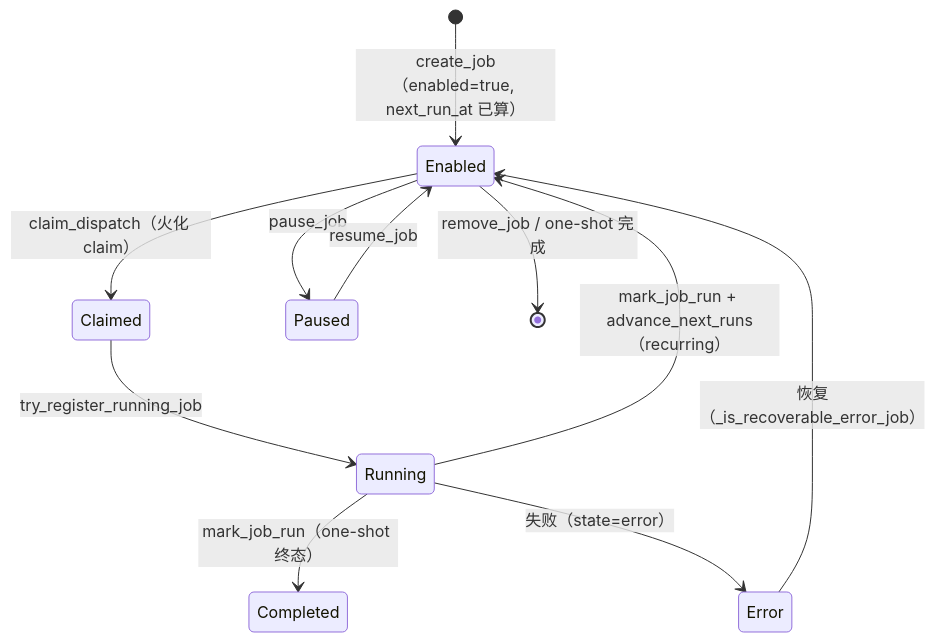
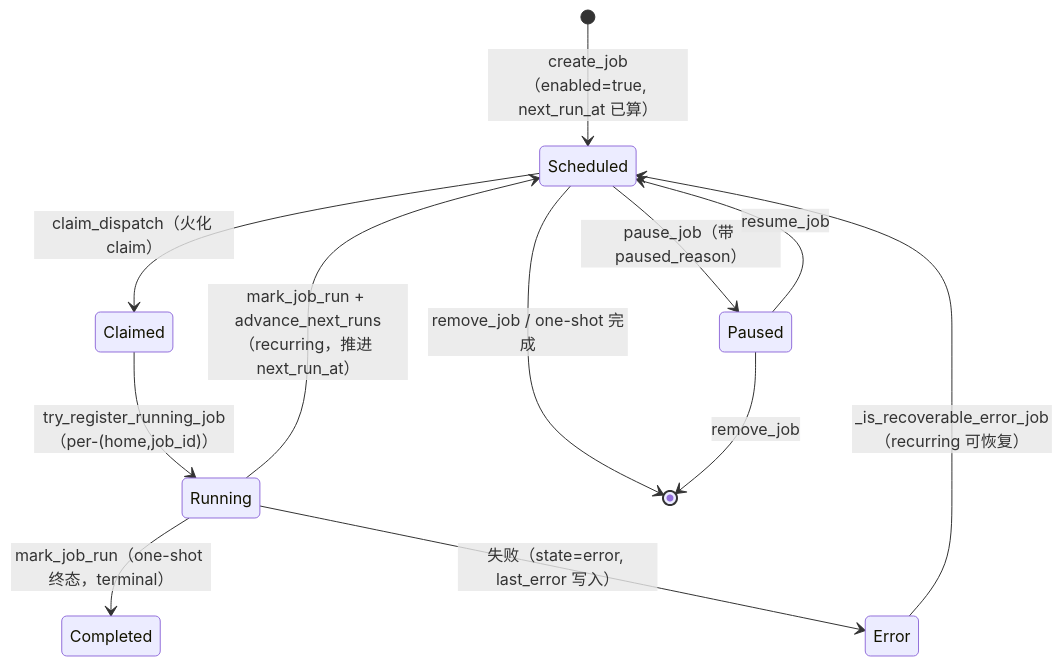
One commit to adrian9778/hermes-agent changed the second of 3 diagrams in docs/sourceReader/10-调度器与定时任务.md. Above: the diagram before and after it, drawn with Mermaid. The commit also changed other lines of this file and 5 other files, not shown here.

````diff
--- a/docs/sourceReader/10-调度器与定时任务.md
+++ b/docs/sourceReader/10-调度器与定时任务.md
@@ -215,13 +312,14 @@
 ```mermaid
 stateDiagram-v2
-    [*] --> Enabled: create_job（enabled=true, next_run_at 已算）
-    Enabled --> Claimed: claim_dispatch（火化 claim）
-    Claimed --> Running: try_register_running_job
-    Running --> Enabled: mark_job_run + advance_next_runs（recurring）
-    Running --> Completed: mark_job_run（one-shot 终态）
-    Running --> Error: 失败（state=error）
-    Error --> Enabled: 恢复（_is_recoverable_error_job）
-    Enabled --> Paused: pause_job
-    Paused --> Enabled: resume_job
-    Enabled --> [*]: remove_job / one-shot 完成
+    [*] --> Scheduled: create_job（enabled=true, next_run_at 已算）
+    Scheduled --> Claimed: claim_dispatch（火化 claim）
+    Claimed --> Running: try_register_running_job（per-(home,job_id)）
+    Running --> Scheduled: mark_job_run + advance_next_runs（recurring，推进 next_run_at）
+    Running --> Completed: mark_job_run（one-shot 终态，terminal）
+    Running --> Error: 失败（state=error, last_error 写入）
+    Error --> Scheduled: _is_recoverable_error_job（recurring 可恢复）
+    Scheduled --> Paused: pause_job（带 paused_reason）
+    Paused --> Scheduled: resume_job
+    Scheduled --> [*]: remove_job / one-shot 完成
+    Paused --> [*]: remove_job
 ```
````
